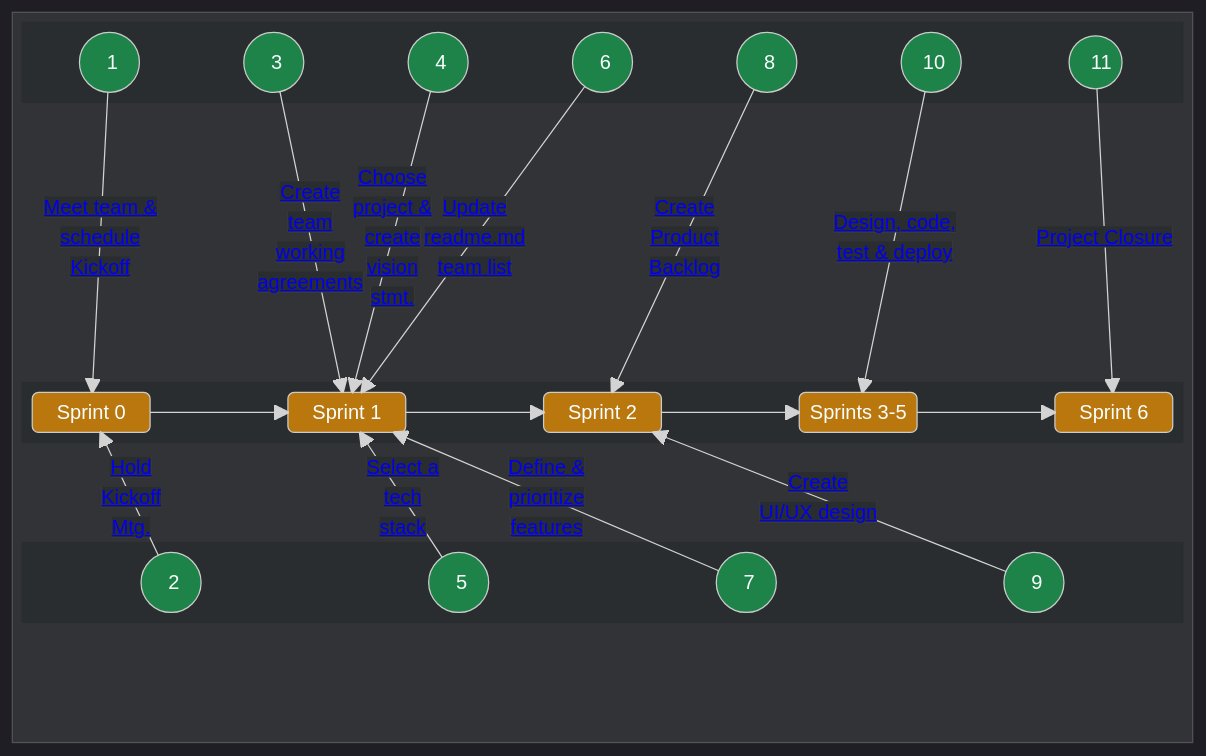
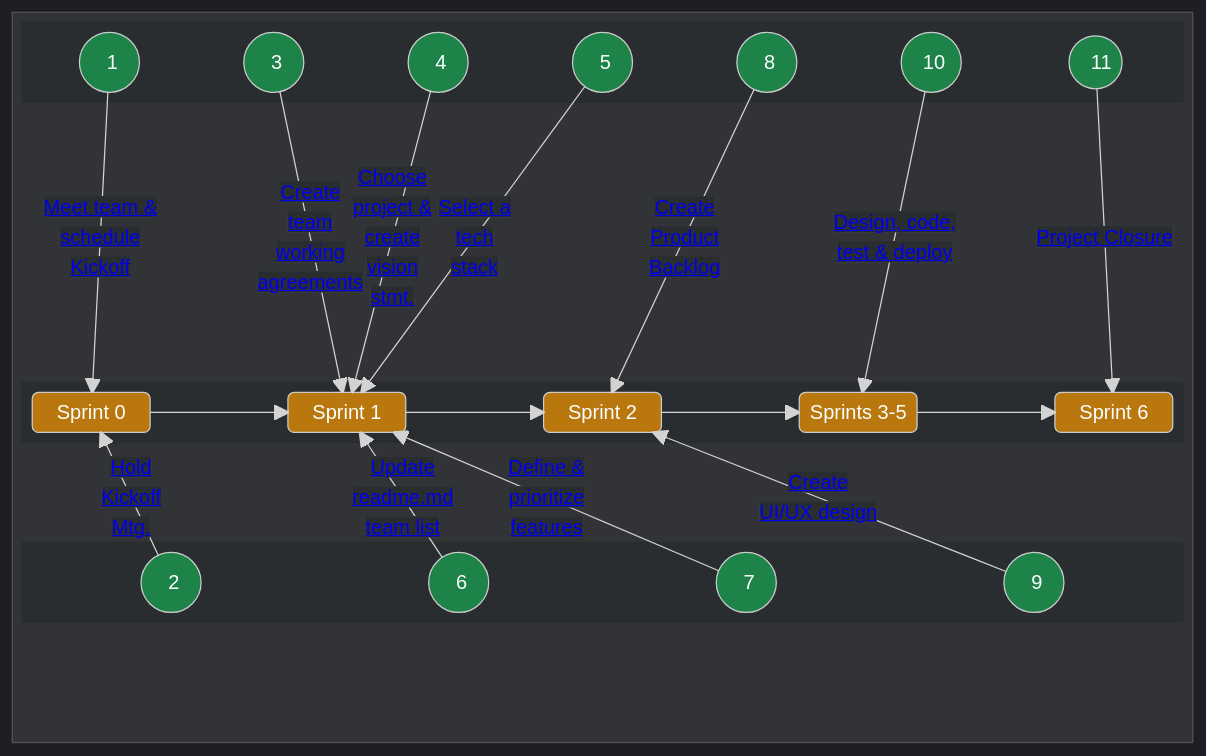
The first of 2 diagrams in docs/guides/voyage/voyage.md (chingu-voyages/Handbook), drawn with Mermaid before and after one commit. The commit also changed other lines of this file, not shown here.

Commit message:
Feature: Define Sprint 0 details [WIP]

```diff
--- a/docs/guides/voyage/voyage.md
+++ b/docs/guides/voyage/voyage.md
@@ -74,7 +74,7 @@
         A1(("&nbsp;&nbsp;&nbsp; 1 &nbsp;&nbsp;"))
         A3(("&nbsp;&nbsp;&nbsp; 3 &nbsp;&nbsp;"))
         A4(("&nbsp;&nbsp;&nbsp; 4 &nbsp;&nbsp;"))
-        A6(("&nbsp;&nbsp;&nbsp; 6 &nbsp;&nbsp;"))
+        A5(("&nbsp;&nbsp;&nbsp; 5 &nbsp;&nbsp;"))
         A8(("&nbsp;&nbsp;&nbsp; 8 &nbsp;&nbsp;"))
         A10(("&nbsp;&nbsp;&nbsp;10&nbsp;&nbsp;"))
         A11(("&nbsp;&nbsp;&nbsp;11&nbsp;"))
@@ -98,7 +98,7 @@
       block:B0BOTTOM
         columns 11
         A2(("&nbsp;&nbsp;&nbsp; 2 &nbsp;&nbsp;"))
-        A5(("&nbsp;&nbsp;&nbsp; 5 &nbsp;&nbsp;"))
+        A6(("&nbsp;&nbsp;&nbsp; 6 &nbsp;&nbsp;"))
         A7(("&nbsp;&nbsp;&nbsp; 7 &nbsp;&nbsp;"))
         A9(("&nbsp;&nbsp;&nbsp; 9 &nbsp;&nbsp;"))
       end
@@ -109,8 +109,8 @@
       A3 -- "<a style="background-color:#292d30" href="https://github.com/chingu-voyages/Handbook/blob/main/docs/guides/voyage/voyage.md#3-setup-your-teams-working-agreements-">Create</br>team</br>working</br>agreements</a>" --> SPRINT1
       A4 -- "<a style="background-color:#292d30" href="https://github.com/chingu-voyages/Handbook/blob/main/docs/guides/voyage/voyage.md#4-choose-a-project--create-a-vision-statement-">Choose</br>project &</br>create</br>vision</br>stmt.</a>" --> SPRINT1
       A7 -- "<a style="background-color:#292d30" href="https://github.com/chingu-voyages/Handbook/blob/main/docs/guides/voyage/voyage.md#7-define--prioritize-mvp-features-">Define &</br>prioritize</br>features</a>" --> SPRINT1
+      A5 -- "<a style="background-color:#292d30" href="https://github.com/chingu-voyages/Handbook/blob/main/docs/guides/voyage/voyage.md#5-select-a-tech-stack">Select a</br>tech</br>stack</a>" --> SPRINT1
       A6 -- "<a style="background-color:#292d30" href="https://github.com/chingu-voyages/Handbook/blob/main/docs/guides/voyage/voyage.md#6-add-your-info-to-the-team-list-in-your-readmemd-%EF%B8%8F">Update</br>readme.md</br>team list<a/>" --> SPRINT1
-      A5 -- "<a style="background-color:#292d30" href="https://github.com/chingu-voyages/Handbook/blob/main/docs/guides/voyage/voyage.md#5-select-a-tech-stack">Select a</br>tech</br>stack</a>" --> SPRINT1
       A8 -- "<a style="background-color:#292d30" href="https://github.com/chingu-voyages/Handbook/blob/main/docs/guides/voyage/voyage.md#8-setup-product-backlog-">Create</br>Product</br>Backlog</a>" --> SPRINT2
       A9 -- "<a style="background-color:#292d30" href="https://github.com/chingu-voyages/Handbook/blob/main/docs/guides/voyage/voyage.md#9-create-a-low-fidelity-wireframe-%EF%B8%8F">Create</br>UI/UX design</a>" --> SPRINT2
       A10 -- "<a style="background-color:#292d30" href="https://github.com/chingu-voyages/Handbook/blob/main/docs/guides/voyage/voyage.md#10-sprint-3-5---reaching-your-mvp-">Design, code,</br>test & deploy</a>" --> SPRINTS35
```
